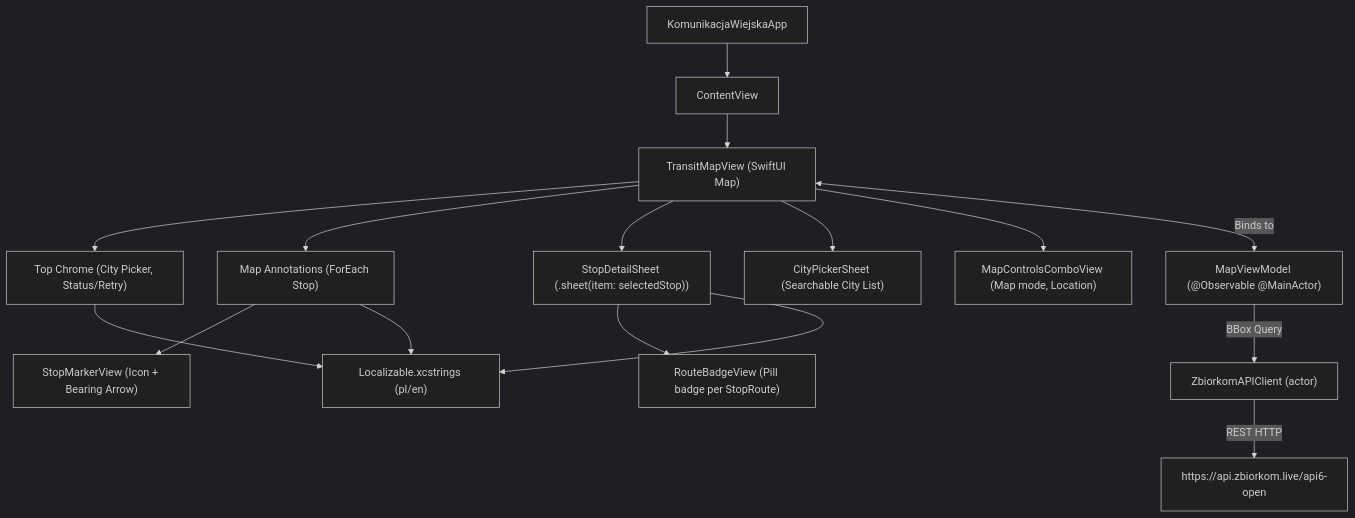
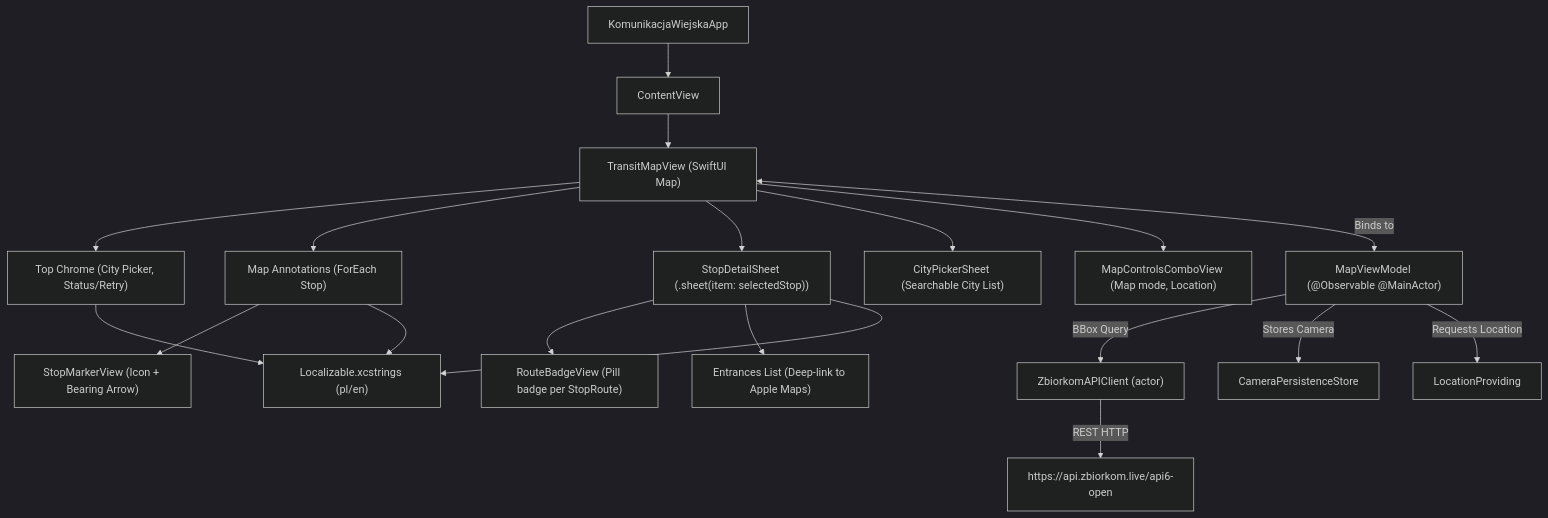
Before and after one commit to lemon-sh/KomunikacjaWiejska: the diagram in docs/architecture.md, drawn with Mermaid (dark theme). The commit also changed other lines of this file and 7 other files, not shown here.

````diff
--- a/docs/architecture.md
+++ b/docs/architecture.md
@@ -36,20 +37,23 @@
 ```mermaid
 flowchart TD
     App["KomunikacjaWiejskaApp"] --> Content["ContentView"]
     Content --> MapView["TransitMapView (SwiftUI Map)"]
     MapView --> TopBar["Top Chrome (City Picker, Status/Retry)"]
     MapView --> Annotations["Map Annotations (ForEach Stop)"]
     Annotations --> MarkerView["StopMarkerView (Icon + Bearing Arrow)"]
     MapView --> DetailSheet["StopDetailSheet (.sheet(item: selectedStop))"]
     DetailSheet --> RouteBadges["RouteBadgeView (Pill badge per StopRoute)"]
+    DetailSheet --> EntrancesList["Entrances List (Deep-link to Apple Maps)"]
     MapView --> CitySheet["CityPickerSheet (Searchable City List)"]
     MapView --> Controls["MapControlsComboView (Map mode, Location)"]
 
     TopBar --> Localized["Localizable.xcstrings (pl/en)"]
     Annotations --> Localized
     DetailSheet --> Localized
 
     MapView <-->|Binds to| ViewModel["MapViewModel (@Observable @MainActor)"]
     ViewModel -->|BBox Query| Client["ZbiorkomAPIClient (actor)"]
     Client -->|REST HTTP| API["https://api.zbiorkom.live/api6-open"]
+    ViewModel -->|Stores Camera| Persistence["CameraPersistenceStore"]
+    ViewModel -->|Requests Location| Location["LocationProviding"]
 ```
````
